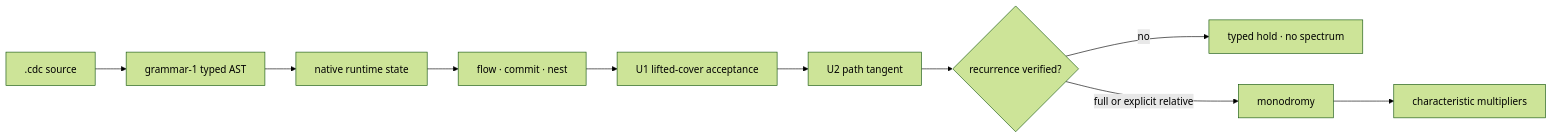
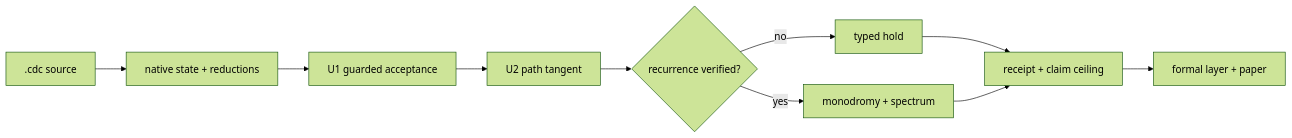
One commit to ETEllis/BiDi changed the diagram in README.md. Above: the diagram before and after it, drawn with Mermaid (forest theme). The commit also changed other lines of this file and 14 other files, not shown here.

````diff
--- a/README.md
+++ b/README.md
@@ -98,12 +38,12 @@
 ```mermaid
 flowchart LR
-    Source[".cdc source"] --> AST["grammar-1 typed AST"]
-    AST --> State["native runtime state"]
-    State --> Reduce["flow · commit · nest"]
-    Reduce --> U1["U1 lifted-cover acceptance"]
-    U1 --> Tangent["U2 path tangent"]
-    Tangent --> Return{"recurrence verified?"}
-    Return -->|no| Hold["typed hold · no spectrum"]
-    Return -->|full or explicit relative| Mono["monodromy"]
-    Mono --> Spectrum["characteristic multipliers"]
+    Source[".cdc source"] --> Runtime["native state + reductions"]
+    Runtime --> U1["U1 guarded acceptance"]
+    U1 --> U2["U2 path tangent"]
+    U2 --> Gate{"recurrence verified?"}
+    Gate -->|no| Hold["typed hold"]
+    Gate -->|yes| Spectrum["monodromy + spectrum"]
+    Hold --> Receipt["receipt + claim ceiling"]
+    Spectrum --> Receipt
+    Receipt --> Paper["formal layer + paper"]
 ```
````
